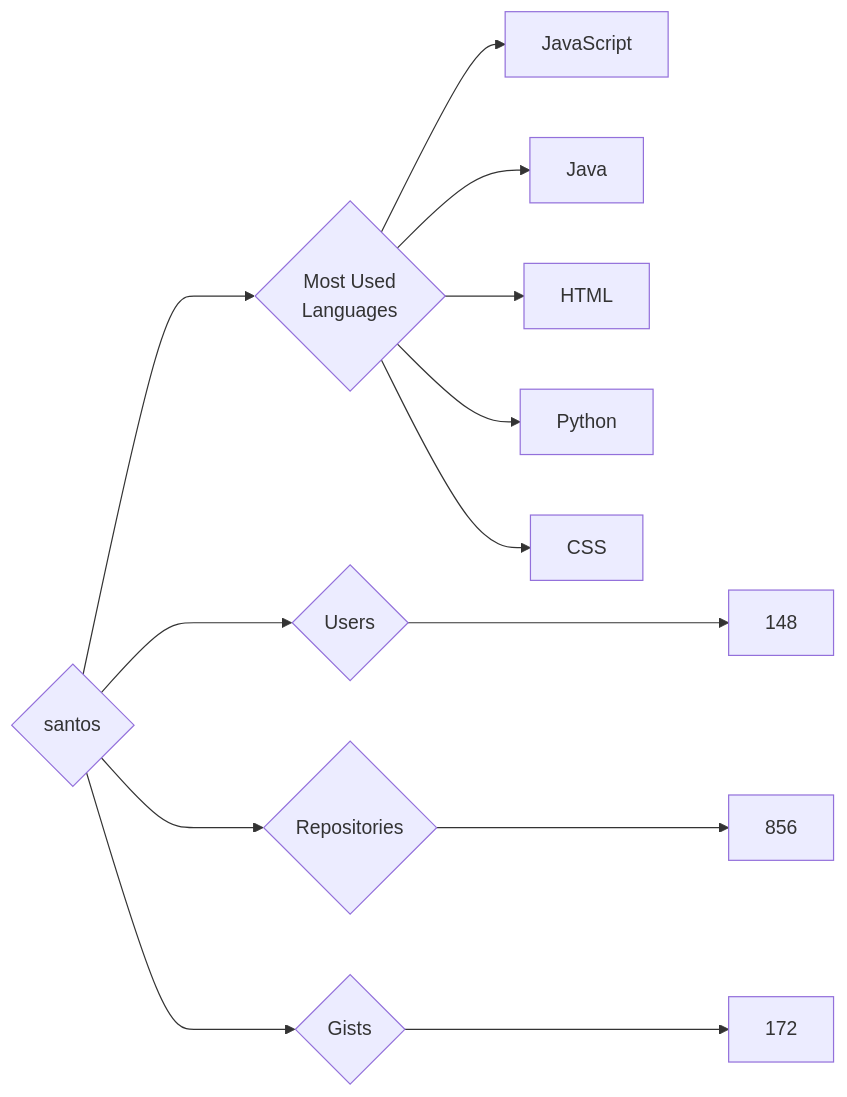
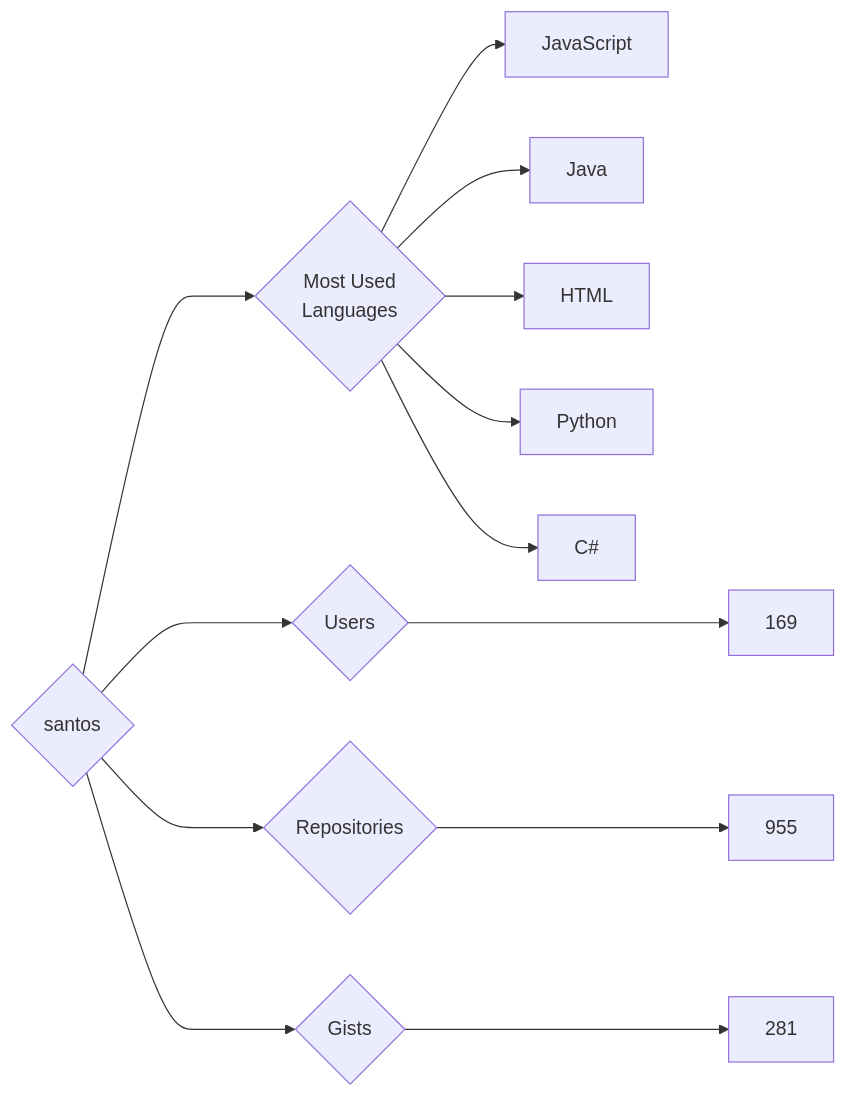
Before and after one commit to trickest/insiders: the diagram in targets/santos/README.md, drawn with Mermaid. The commit also changed 837 other files, not shown here.

````diff
--- a/targets/santos/README.md
+++ b/targets/santos/README.md
@@ -3,13 +3,13 @@
 ```mermaid
 graph LR
 COMPANY_NAME{santos}
-COMPANY_NAME ---> U{Users} ---> UN[148]
-COMPANY_NAME ---> R{Repositories} ---> RN[856]
-COMPANY_NAME ---> G{Gists} ---> GN[172]
+COMPANY_NAME ---> U{Users} ---> UN[169]
+COMPANY_NAME ---> R{Repositories} ---> RN[955]
+COMPANY_NAME ---> G{Gists} ---> GN[281]
 COMPANY_NAME ---> ML{Most Used<br>Languages}
 ML --> JavaScript[JavaScript]
 ML --> Java[Java]
 ML --> HTML[HTML]
 ML --> Python[Python]
-ML --> CSS[CSS]
+ML --> C#[C#]
 ```
````
